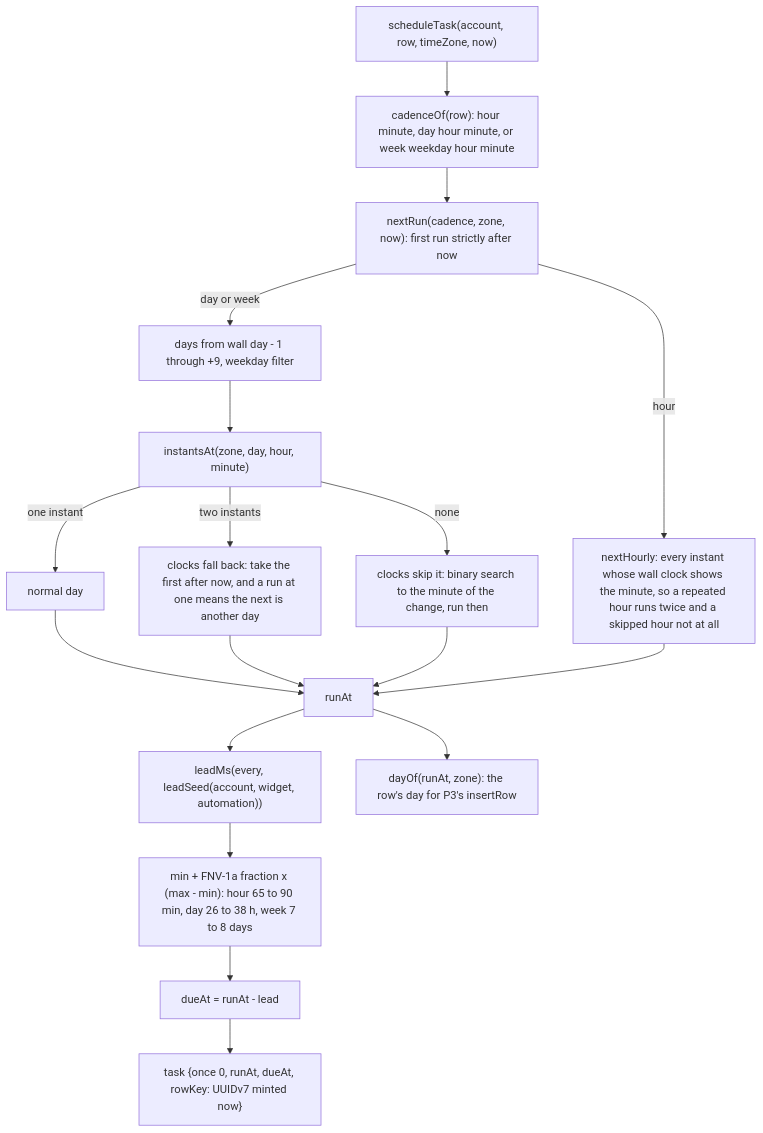
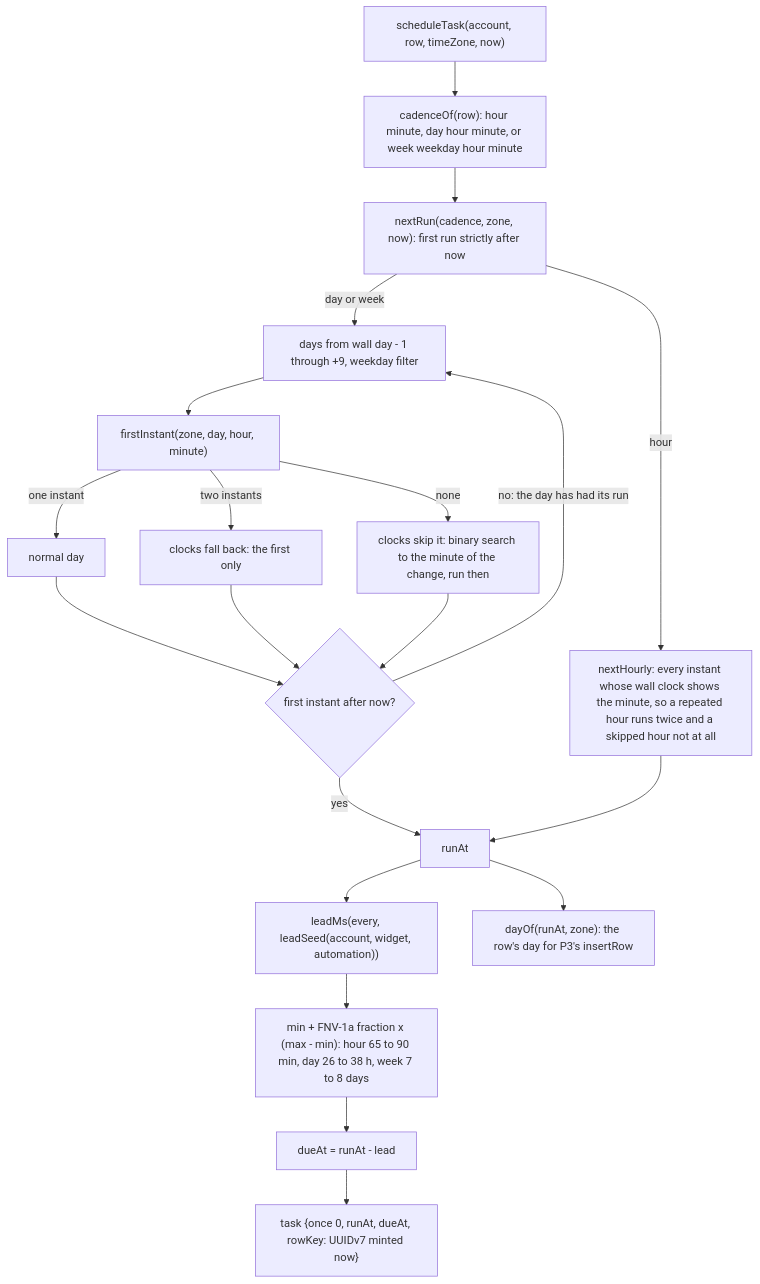
One commit to Krutik460/Widgie changed the fourth of 4 diagrams in docs/pr/24-phase-3-p2-worker.md. Above: the diagram before and after it, drawn with Mermaid. The commit also changed other lines of this file and 13 other files, not shown here.

````diff
--- a/docs/pr/24-phase-3-p2-worker.md
+++ b/docs/pr/24-phase-3-p2-worker.md
@@ -181,20 +196,22 @@
 ```mermaid
 flowchart TD
   ST["scheduleTask(account, row, timeZone, now)"] --> CAD["cadenceOf(row): hour minute, day hour minute, or week weekday hour minute"]
   CAD --> NR["nextRun(cadence, zone, now): first run strictly after now"]
   NR -->|"hour"| NH["nextHourly: every instant whose wall clock shows the minute, so a repeated hour runs twice and a skipped hour not at all"]
   NR -->|"day or week"| LOOP["days from wall day - 1 through +9, weekday filter"]
-  LOOP --> INST["instantsAt(zone, day, hour, minute)"]
+  LOOP --> INST["firstInstant(zone, day, hour, minute)"]
   INST -->|"one instant"| ONE["normal day"]
-  INST -->|"two instants"| TWO["clocks fall back: take the first after now, and a run at one means the next is another day"]
+  INST -->|"two instants"| TWO["clocks fall back: the first only"]
   INST -->|"none"| GAP["clocks skip it: binary search to the minute of the change, run then"]
-  ONE --> RUN["runAt"]
-  TWO --> RUN
-  GAP --> RUN
+  ONE --> CMP{"first instant after now?"}
+  TWO --> CMP
+  GAP --> CMP
+  CMP -->|"no: the day has had its run"| LOOP
+  CMP -->|"yes"| RUN["runAt"]
   NH --> RUN
   RUN --> LEAD["leadMs(every, leadSeed(account, widget, automation))"]
   LEAD --> WIN["min + FNV-1a fraction x (max - min): hour 65 to 90 min, day 26 to 38 h, week 7 to 8 days"]
   WIN --> DUE["dueAt = runAt - lead"]
   DUE --> TASK["task {once 0, runAt, dueAt, rowKey: UUIDv7 minted now}"]
   RUN --> DAY["dayOf(runAt, zone): the row's day for P3's insertRow"]
 ```
````
